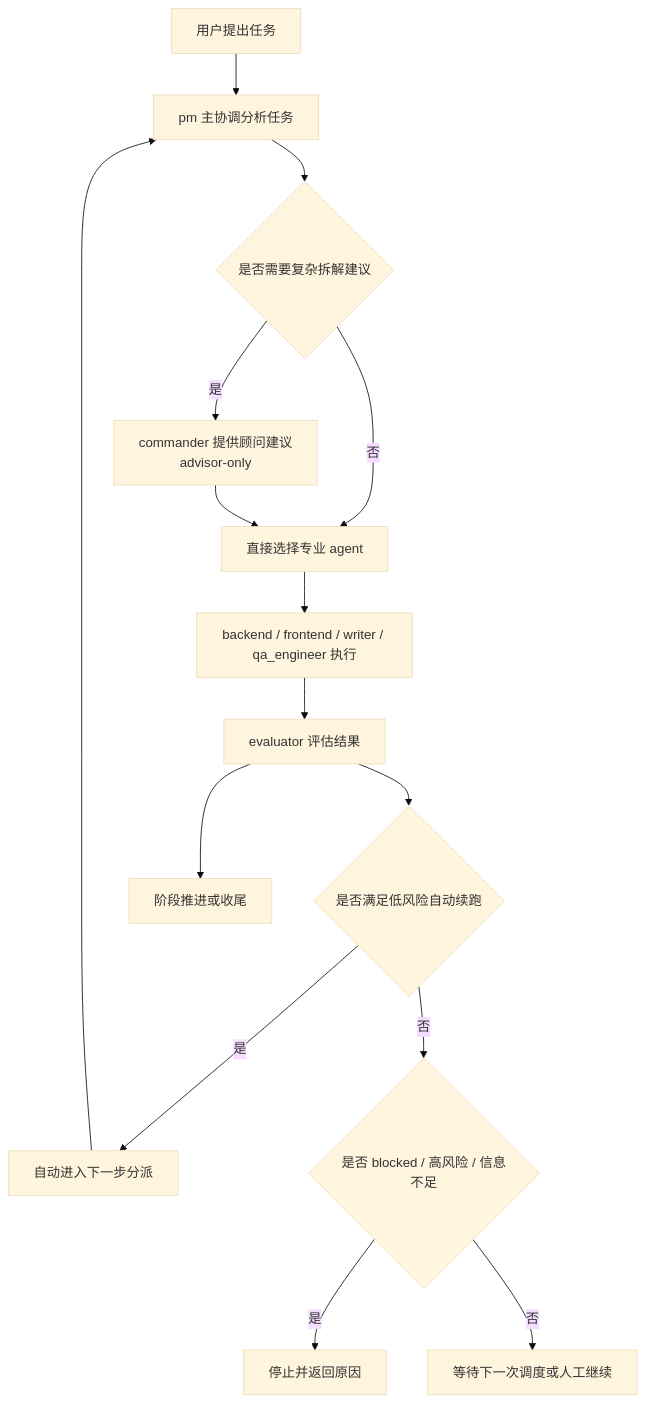
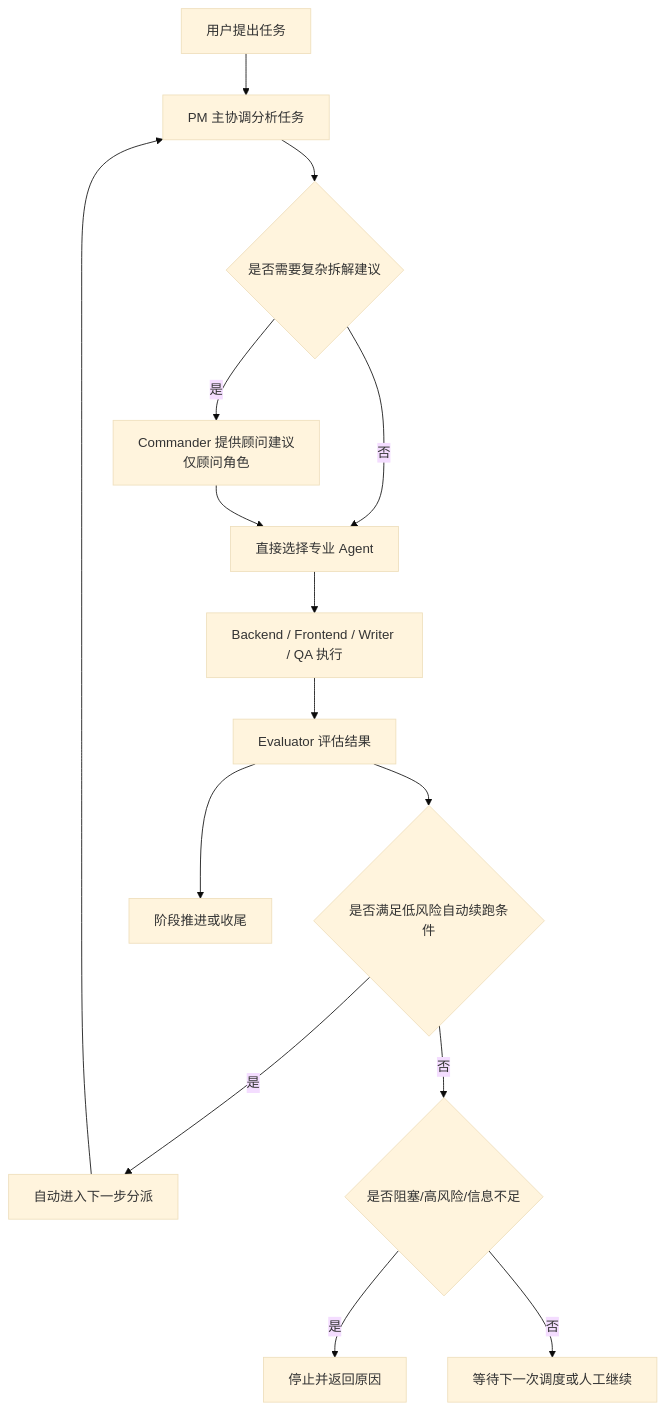
Before and after one commit to walke2019/opencode-pm-workflow: the first of 5 diagrams in docs/runbooks/pm-workflow-usage-flow.md, drawn with Mermaid (base theme). The commit also changed other lines of this file and 7 other files, not shown here.

Commit message:
docs: localize workflow architecture guides

````diff
--- a/docs/runbooks/pm-workflow-usage-flow.md
+++ b/docs/runbooks/pm-workflow-usage-flow.md
@@ -168,22 +162,22 @@
 ```mermaid
 flowchart TD
-    A[用户提出任务] --> B[pm 主协调分析任务]
+    A[用户提出任务] --> B[PM 主协调分析任务]
 
     B --> C{是否需要复杂拆解建议}
-    C -- 是 --> D[commander 提供顾问建议<br/>advisor-only]
-    C -- 否 --> E[直接选择专业 agent]
+    C -- 是 --> D[Commander 提供顾问建议<br/>仅顾问角色]
+    C -- 否 --> E[直接选择专业 Agent]
     D --> E
 
-    E --> F[backend / frontend / writer / qa_engineer 执行]
-    F --> G[evaluator 评估结果]
+    E --> F[Backend / Frontend / Writer / QA 执行]
+    F --> G[Evaluator 评估结果]
 
-    G --> H{是否满足低风险自动续跑}
+    G --> H{是否满足低风险自动续跑条件}
     H -- 是 --> I[自动进入下一步分派]
     I --> B
 
-    H -- 否 --> J{是否 blocked / 高风险 / 信息不足}
+    H -- 否 --> J{是否阻塞/高风险/信息不足}
     J -- 是 --> K[停止并返回原因]
     J -- 否 --> L[等待下一次调度或人工继续]
 
     G --> M[阶段推进或收尾]
 ```
````
